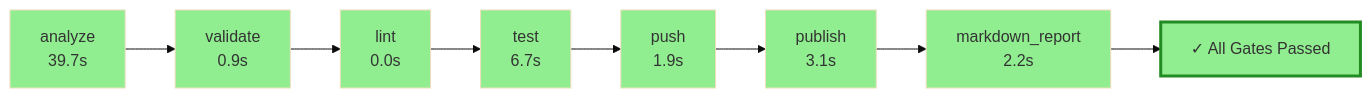
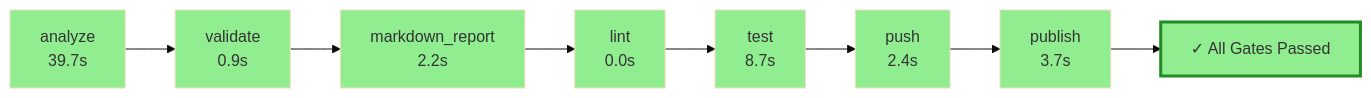
Before and after one commit to semcod/vallm: the diagram in .pyqual/report.md, drawn with Mermaid (base theme). The commit also changed other lines of this file and 2 other files, not shown here.

````diff
--- a/.pyqual/report.md
+++ b/.pyqual/report.md
@@ -10,26 +10,26 @@
 ```mermaid
 flowchart LR
     S0["analyze<br/>39.7s"]
     style S0 fill:#90EE90
     S1["validate<br/>0.9s"]
     style S1 fill:#90EE90
     S0 --> S1
-    S2["lint<br/>0.0s"]
+    S2["markdown_report<br/>2.2s"]
     style S2 fill:#90EE90
     S1 --> S2
-    S3["test<br/>6.7s"]
+    S3["lint<br/>0.0s"]
     style S3 fill:#90EE90
     S2 --> S3
-    S4["push<br/>1.9s"]
+    S4["test<br/>8.7s"]
     style S4 fill:#90EE90
     S3 --> S4
-    S5["publish<br/>3.1s"]
+    S5["push<br/>2.4s"]
     style S5 fill:#90EE90
     S4 --> S5
-    S6["markdown_report<br/>2.2s"]
+    S6["publish<br/>3.7s"]
     style S6 fill:#90EE90
     S5 --> S6
     G["✓ All Gates Passed"]
     style G fill:#90EE90,stroke:#228B22,stroke-width:3px
     S6 --> G
 ```
````
